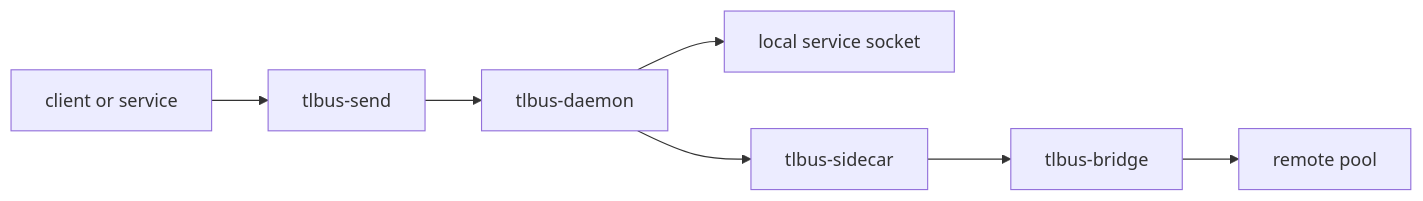
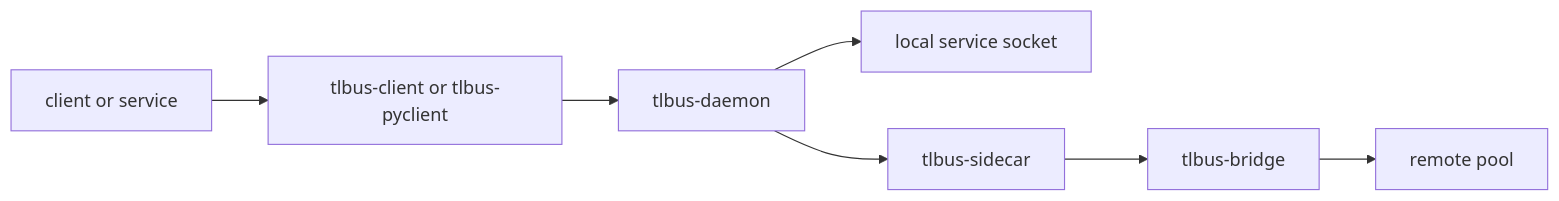
One commit to TL-BUS/tlbus changed the diagram in README.md. Above: the diagram before and after it, drawn with Mermaid. The commit also changed other lines of this file and 21 other files, not shown here.

````diff
--- a/README.md
+++ b/README.md
@@ -40,9 +47,9 @@
 ```mermaid
 flowchart LR
-  App[client or service] --> Send[tlbus-send]
-  Send --> Daemon[tlbus-daemon]
+  App[client or service] --> Client[tlbus-client or tlbus-pyclient]
+  Client --> Daemon[tlbus-daemon]
   Daemon --> LocalSvc[local service socket]
   Daemon --> Sidecar[tlbus-sidecar]
   Sidecar --> Bridge[tlbus-bridge]
   Bridge --> RemotePool[remote pool]
 ```
````
